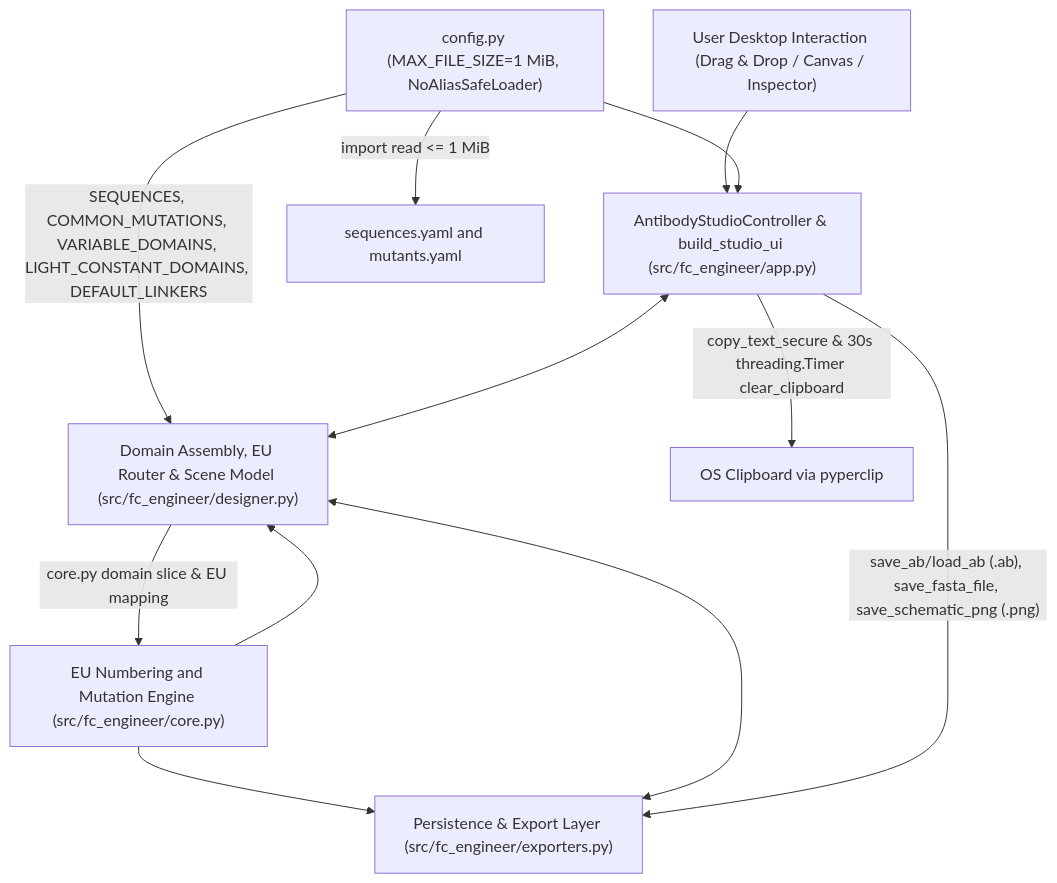
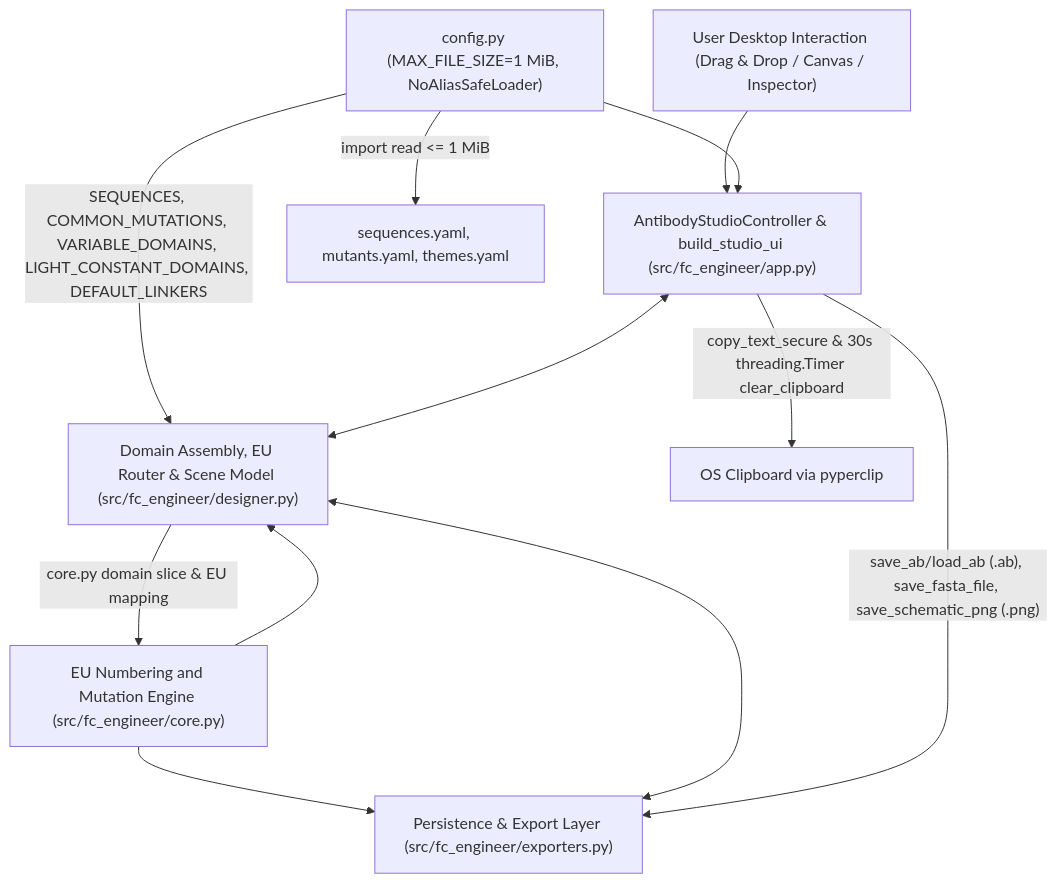
Before and after one commit to partrita/Fc-engineering-studio: the diagram in README.md, drawn with Mermaid. The commit also changed other lines of this file and 18 other files, not shown here.

````diff
--- a/README.md
+++ b/README.md
@@ -7,14 +7,14 @@
 ```mermaid
 flowchart TD
     User["User Desktop Interaction (Drag & Drop / Canvas / Inspector)"] --> App["AntibodyStudioController & build_studio_ui (src/fc_engineer/app.py)"]
-    Config["config.py (MAX_FILE_SIZE=1 MiB, NoAliasSafeLoader)"] -->|"import read <= 1 MiB"| SeqYAML["sequences.yaml and mutants.yaml"]
+    Config["config.py (MAX_FILE_SIZE=1 MiB, NoAliasSafeLoader)"] -->|"import read <= 1 MiB"| SeqYAML["sequences.yaml, mutants.yaml, themes.yaml"]
     Config -->|"SEQUENCES, COMMON_MUTATIONS, VARIABLE_DOMAINS, LIGHT_CONSTANT_DOMAINS, DEFAULT_LINKERS"| Designer["Domain Assembly, EU Router & Scene Model (src/fc_engineer/designer.py)"]
     Config --> App
     Designer -->|"core.py domain slice & EU mapping"| Core["EU Numbering and Mutation Engine (src/fc_engineer/core.py)"]
     Core --> Designer
     Core --> Exp["Persistence & Export Layer (src/fc_engineer/exporters.py)"]
     Designer <--> Exp
     App <--> Designer
     App -->|"save_ab/load_ab (.ab), save_fasta_file, save_schematic_png (.png)"| Exp
     App -->|"copy_text_secure & 30s threading.Timer clear_clipboard"| Clip["OS Clipboard via pyperclip"]
 ```
````
